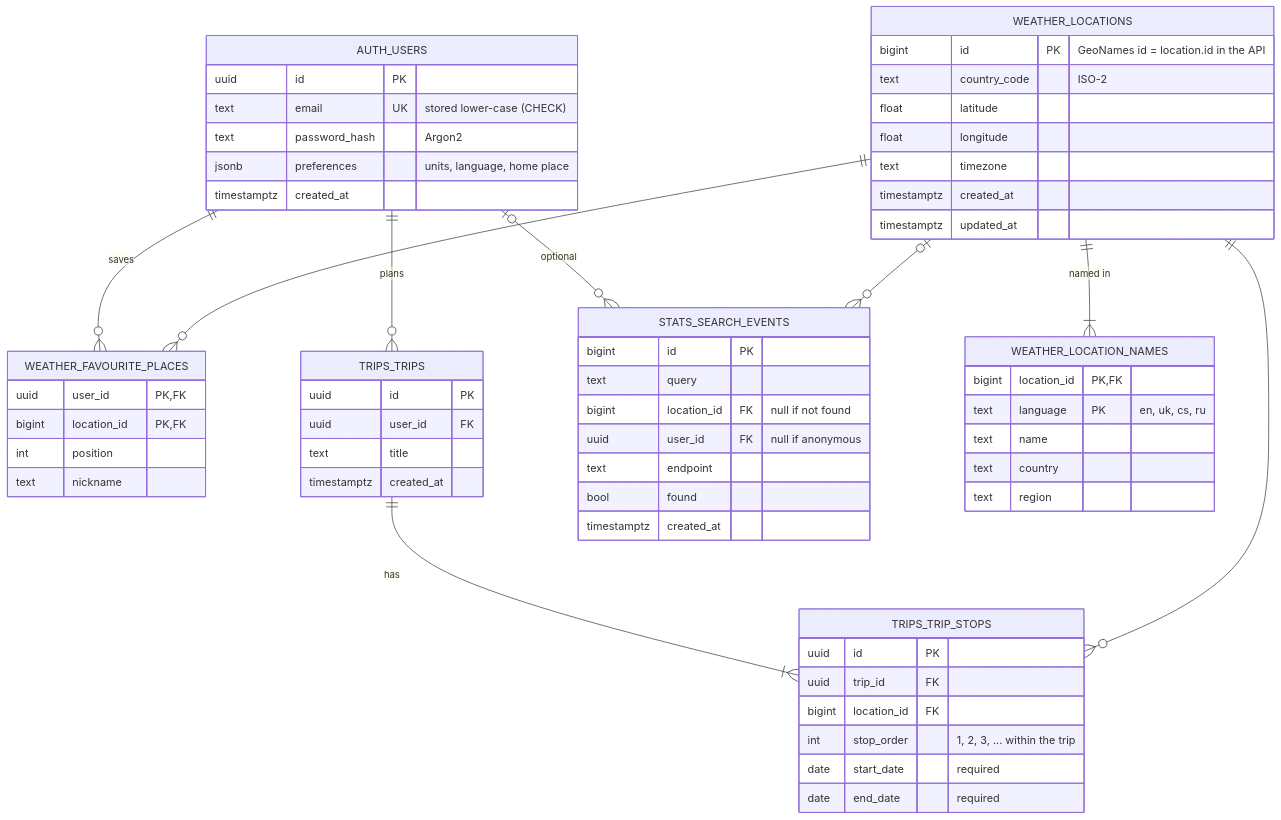
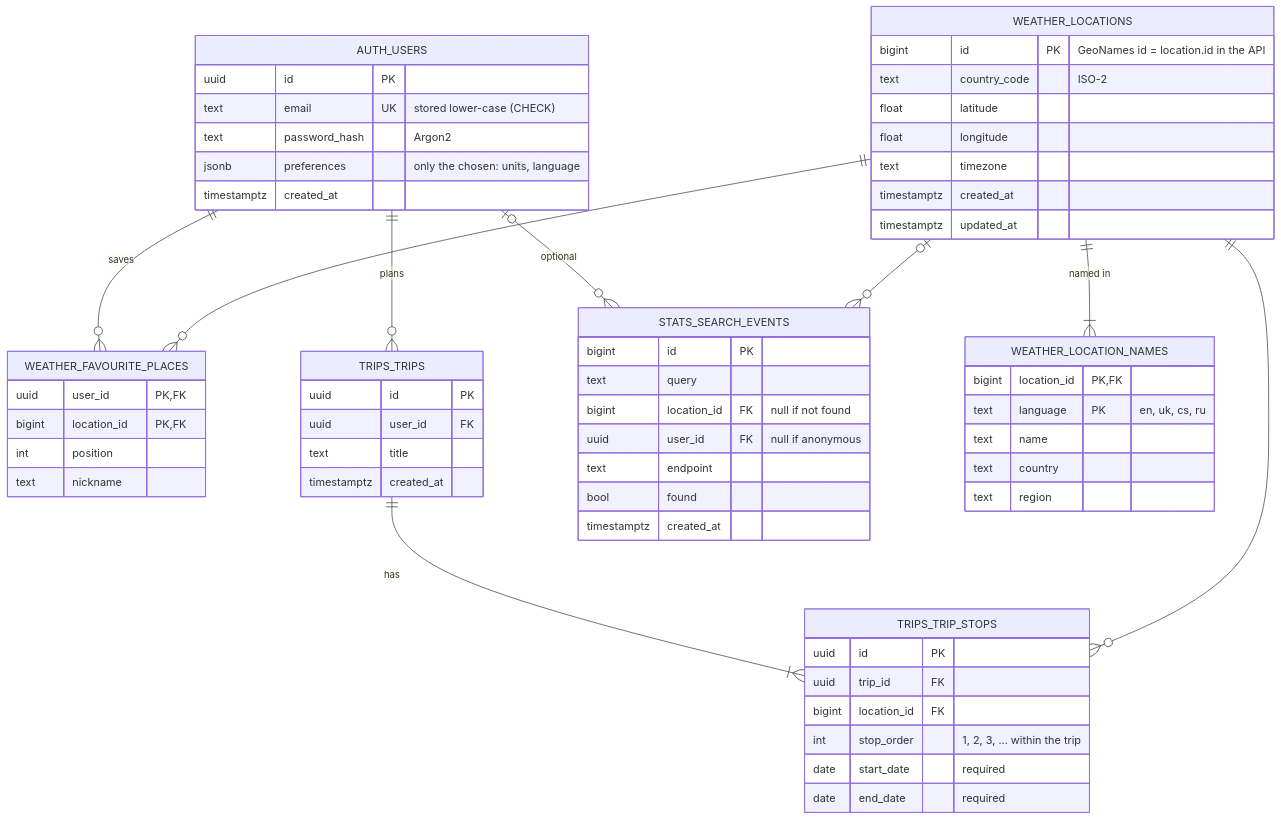
One commit to loktiyur/weather_forecaster changed the seventh of 9 diagrams in ARCHITECTURE.md. Above: the diagram before and after it, drawn with Mermaid. The commit also changed other lines of this file and 23 other files, not shown here.

````diff
--- a/ARCHITECTURE.md
+++ b/ARCHITECTURE.md
@@ -483,64 +484,64 @@
 ```mermaid
 erDiagram
     AUTH_USERS ||--o{ WEATHER_FAVOURITE_PLACES : saves
     AUTH_USERS ||--o{ TRIPS_TRIPS : plans
     AUTH_USERS |o--o{ STATS_SEARCH_EVENTS : "optional"
     TRIPS_TRIPS ||--|{ TRIPS_TRIP_STOPS : has
     WEATHER_LOCATIONS ||--|{ WEATHER_LOCATION_NAMES : "named in"
     WEATHER_LOCATIONS ||--o{ WEATHER_FAVOURITE_PLACES : ""
     WEATHER_LOCATIONS ||--o{ TRIPS_TRIP_STOPS : ""
     WEATHER_LOCATIONS |o--o{ STATS_SEARCH_EVENTS : ""
 
     AUTH_USERS {
         uuid id PK
         text email UK "stored lower-case (CHECK)"
         text password_hash "Argon2"
-        jsonb preferences "units, language, home place"
+        jsonb preferences "only the chosen: units, language"
         timestamptz created_at
     }
     WEATHER_LOCATIONS {
         bigint id PK "GeoNames id = location.id in the API"
         text country_code "ISO-2"
         float latitude
         float longitude
         text timezone
         timestamptz created_at
         timestamptz updated_at
     }
     WEATHER_LOCATION_NAMES {
         bigint location_id PK, FK
         text language PK "en, uk, cs, ru"
         text name
         text country
         text region
     }
     WEATHER_FAVOURITE_PLACES {
         uuid user_id PK, FK
         bigint location_id PK, FK
         int position
         text nickname
     }
     TRIPS_TRIPS {
         uuid id PK
         uuid user_id FK
         text title
         timestamptz created_at
     }
     TRIPS_TRIP_STOPS {
         uuid id PK
         uuid trip_id FK
         bigint location_id FK
         int stop_order "1, 2, 3, ... within the trip"
         date start_date "required"
         date end_date "required"
     }
     STATS_SEARCH_EVENTS {
         bigint id PK
         text query
         bigint location_id FK "null if not found"
         uuid user_id FK "null if anonymous"
         text endpoint
         bool found
         timestamptz created_at
     }
 ```
````
